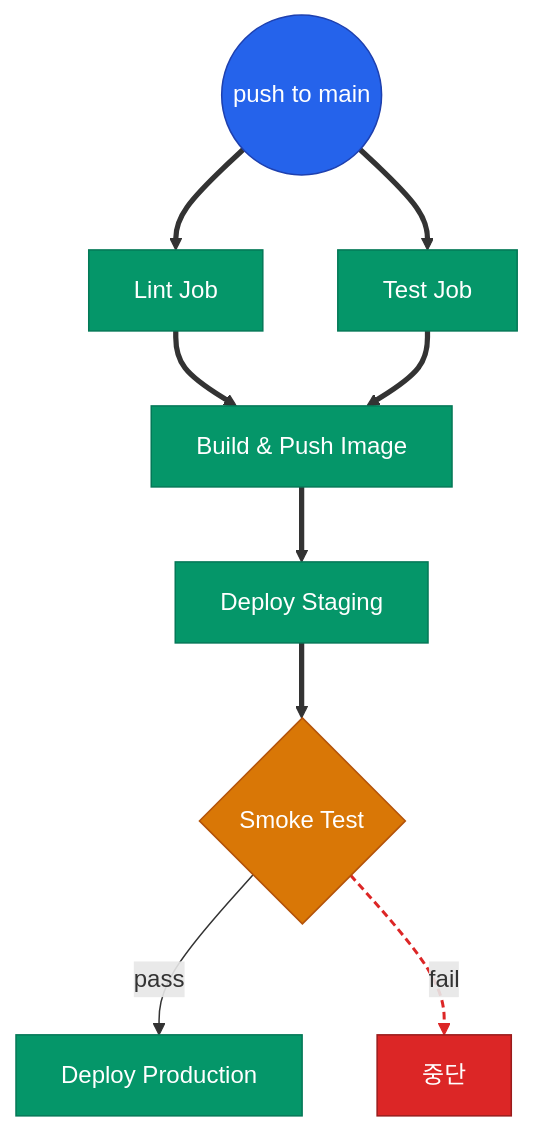
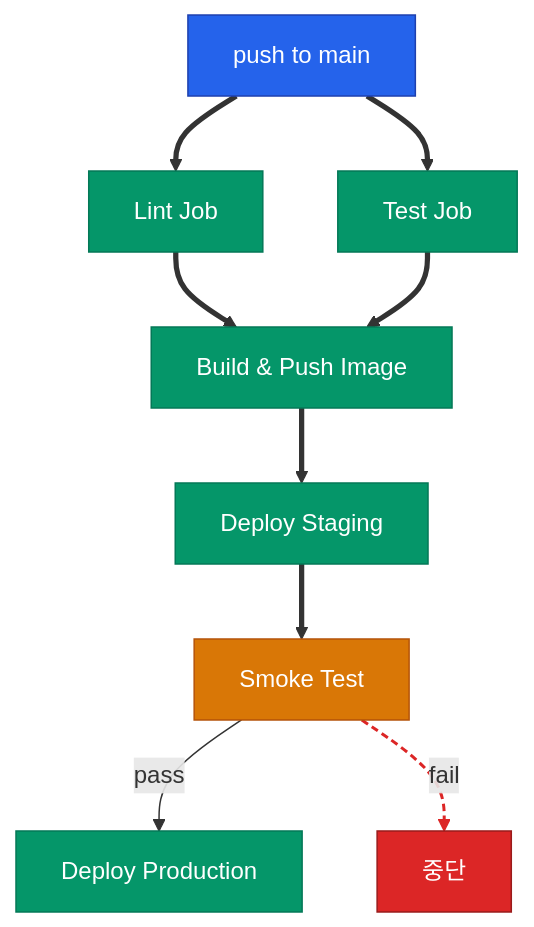
One commit to No1Joon/No1Joon.github.io changed the diagram in _posts/2026-04-15-github-actions-02-pipeline.md. Above: the diagram before and after it, drawn with Mermaid. The commit also changed 18 other files, not shown here.

````diff
--- a/_posts/2026-04-15-github-actions-02-pipeline.md
+++ b/_posts/2026-04-15-github-actions-02-pipeline.md
@@ -23,24 +23,24 @@
 ```mermaid
 flowchart TD
-    Trig(("push to main"))
+    Trig["push to main"]
     Trig ==> Lint["Lint Job"]
     Trig ==> Test["Test Job"]
     Lint ==> Build["Build & Push Image"]
     Test ==> Build
     Build ==> DepS["Deploy Staging"]
-    DepS ==> Verify{"Smoke Test"}
+    DepS ==> Verify["Smoke Test"]
     Verify -->|pass| DepP["Deploy Production"]
     Verify -->|fail| Stop["중단"]
 
     classDef primary fill:#2563eb,stroke:#1e40af,color:#ffffff
     classDef success fill:#059669,stroke:#047857,color:#ffffff
     classDef warn fill:#d97706,stroke:#b45309,color:#ffffff
     classDef danger fill:#dc2626,stroke:#991b1b,color:#ffffff
 
     class Trig primary
     class Lint,Test,Build,DepS,DepP success
     class Verify warn
     class Stop danger
 
     linkStyle 7 stroke:#dc2626,stroke-width:2px,stroke-dasharray:5 3
 ```
````
